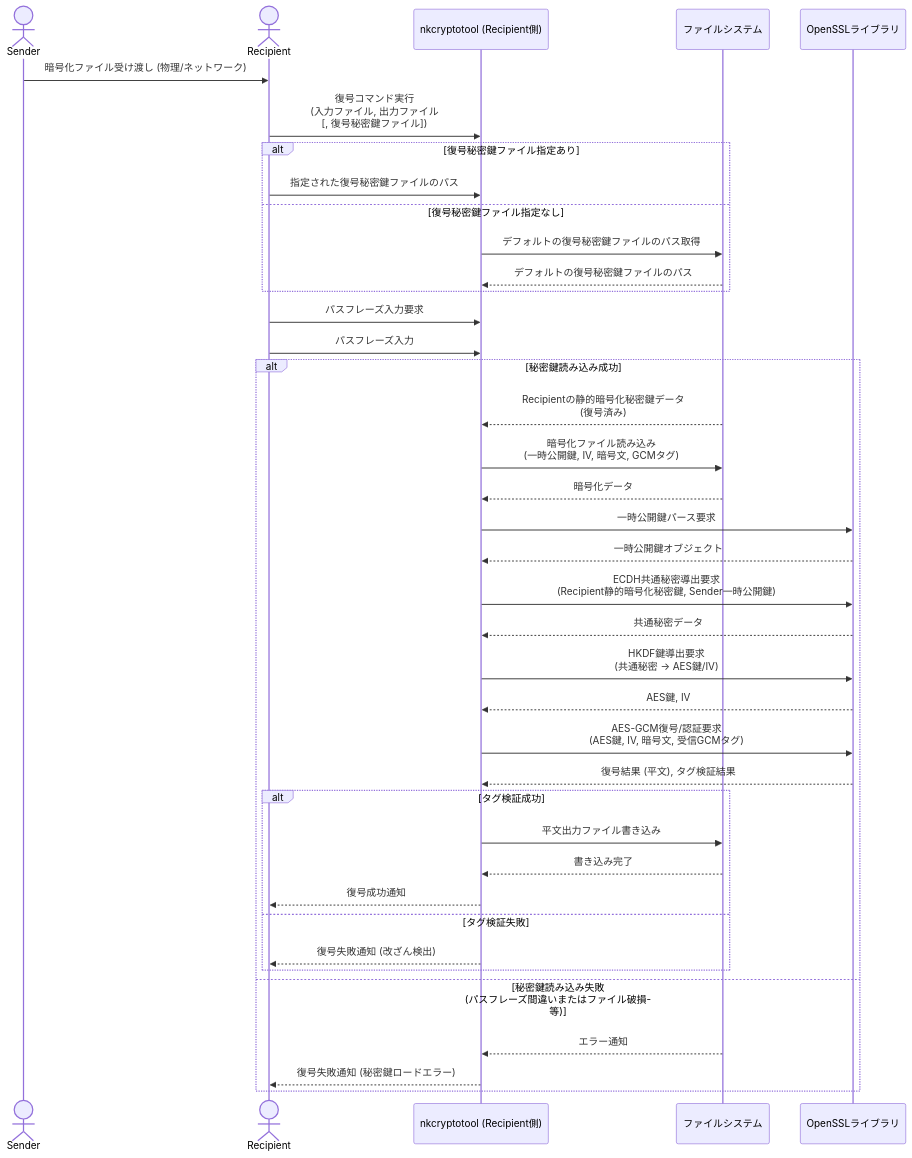
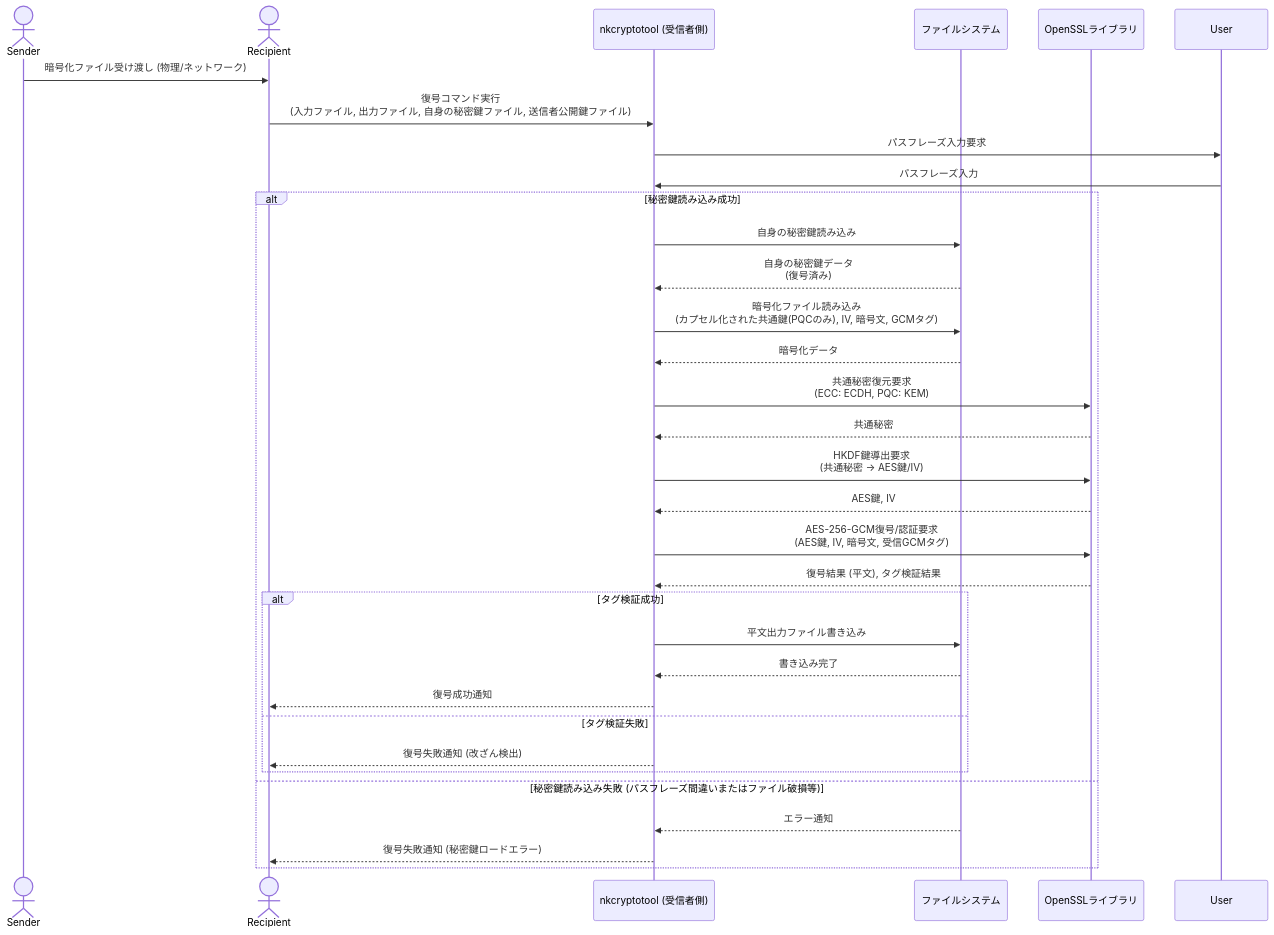
One commit to nkoriyama/nkCryptoTool changed the fourth of 6 diagrams in README.md. Above: the diagram before and after it, drawn with Mermaid. The commit also changed other lines of this file and 1 other file, not shown here.

````diff
--- a/README.md
+++ b/README.md
@@ -362,42 +343,35 @@
 ```mermaid
 sequenceDiagram
     actor Sender
     actor Recipient
-    participant Recipient_nkcryptotool as nkcryptotool (Recipient側)
+    participant Recipient_nkcryptotool as nkcryptotool (受信者側)
     participant FileSystem as ファイルシステム
     participant OpenSSL as OpenSSLライブラリ
 
     Sender->>Recipient: 暗号化ファイル受け渡し (物理/ネットワーク)
-    Recipient->>Recipient_nkcryptotool: 復号コマンド実行<br>(入力ファイル, 出力ファイル<br>[, 復号秘密鍵ファイル])
-    alt 復号秘密鍵ファイル指定あり
-        Recipient->>Recipient_nkcryptotool: 指定された復号秘密鍵ファイルのパス
-    else 復号秘密鍵ファイル指定なし
-        Recipient_nkcryptotool->>FileSystem: デフォルトの復号秘密鍵ファイルのパス取得
-        FileSystem-->>Recipient_nkcryptotool: デフォルトの復号秘密鍵ファイルのパス
-    end
-    Recipient->>Recipient_nkcryptotool: パスフレーズ入力要求
-    Recipient->>Recipient_nkcryptotool: パスフレーズ入力
+    Recipient->>Recipient_nkcryptotool: 復号コマンド実行<br>(入力ファイル, 出力ファイル, 自身の秘密鍵ファイル, 送信者公開鍵ファイル)
+    Recipient_nkcryptotool->>User: パスフレーズ入力要求
+    User->>Recipient_nkcryptotool: パスフレーズ入力
     alt 秘密鍵読み込み成功
-        FileSystem-->>Recipient_nkcryptotool: Recipientの静的暗号化秘密鍵データ<br>(復号済み)
-        Recipient_nkcryptotool->>FileSystem: 暗号化ファイル読み込み<br>(一時公開鍵, IV, 暗号文, GCMタグ)
+        Recipient_nkcryptotool->>FileSystem: 自身の秘密鍵読み込み
+        FileSystem-->>Recipient_nkcryptotool: 自身の秘密鍵データ<br>(復号済み)
+        Recipient_nkcryptotool->>FileSystem: 暗号化ファイル読み込み<br>(カプセル化された共通鍵(PQCのみ), IV, 暗号文, GCMタグ)
         FileSystem-->>Recipient_nkcryptotool: 暗号化データ
-        Recipient_nkcryptotool->>OpenSSL: 一時公開鍵パース要求
-        OpenSSL-->>Recipient_nkcryptotool: 一時公開鍵オブジェクト
-        Recipient_nkcryptotool->>OpenSSL: ECDH共通秘密導出要求<br>(Recipient静的暗号化秘密鍵, Sender一時公開鍵)
-        OpenSSL-->>Recipient_nkcryptotool: 共通秘密データ
+        Recipient_nkcryptotool->>OpenSSL: 共通秘密復元要求<br>(ECC: ECDH, PQC: KEM)
+        OpenSSL-->>Recipient_nkcryptotool: 共通秘密
         Recipient_nkcryptotool->>OpenSSL: HKDF鍵導出要求<br>(共通秘密 -> AES鍵/IV)
         OpenSSL-->>Recipient_nkcryptotool: AES鍵, IV
-        Recipient_nkcryptotool->>OpenSSL: AES-GCM復号/認証要求<br>(AES鍵, IV, 暗号文, 受信GCMタグ)
+        Recipient_nkcryptotool->>OpenSSL: AES-256-GCM復号/認証要求<br>(AES鍵, IV, 暗号文, 受信GCMタグ)
         OpenSSL-->>Recipient_nkcryptotool: 復号結果 (平文), タグ検証結果
         alt タグ検証成功
             Recipient_nkcryptotool->>FileSystem: 平文出力ファイル書き込み
             FileSystem-->>Recipient_nkcryptotool: 書き込み完了
             Recipient_nkcryptotool-->>Recipient: 復号成功通知
         else タグ検証失敗
             Recipient_nkcryptotool-->>Recipient: 復号失敗通知 (改ざん検出)
         end
     else 秘密鍵読み込み失敗 (パスフレーズ間違いまたはファイル破損等)
         FileSystem-->>Recipient_nkcryptotool: エラー通知
         Recipient_nkcryptotool-->>Recipient: 復号失敗通知 (秘密鍵ロードエラー)
     end
 ```
````
